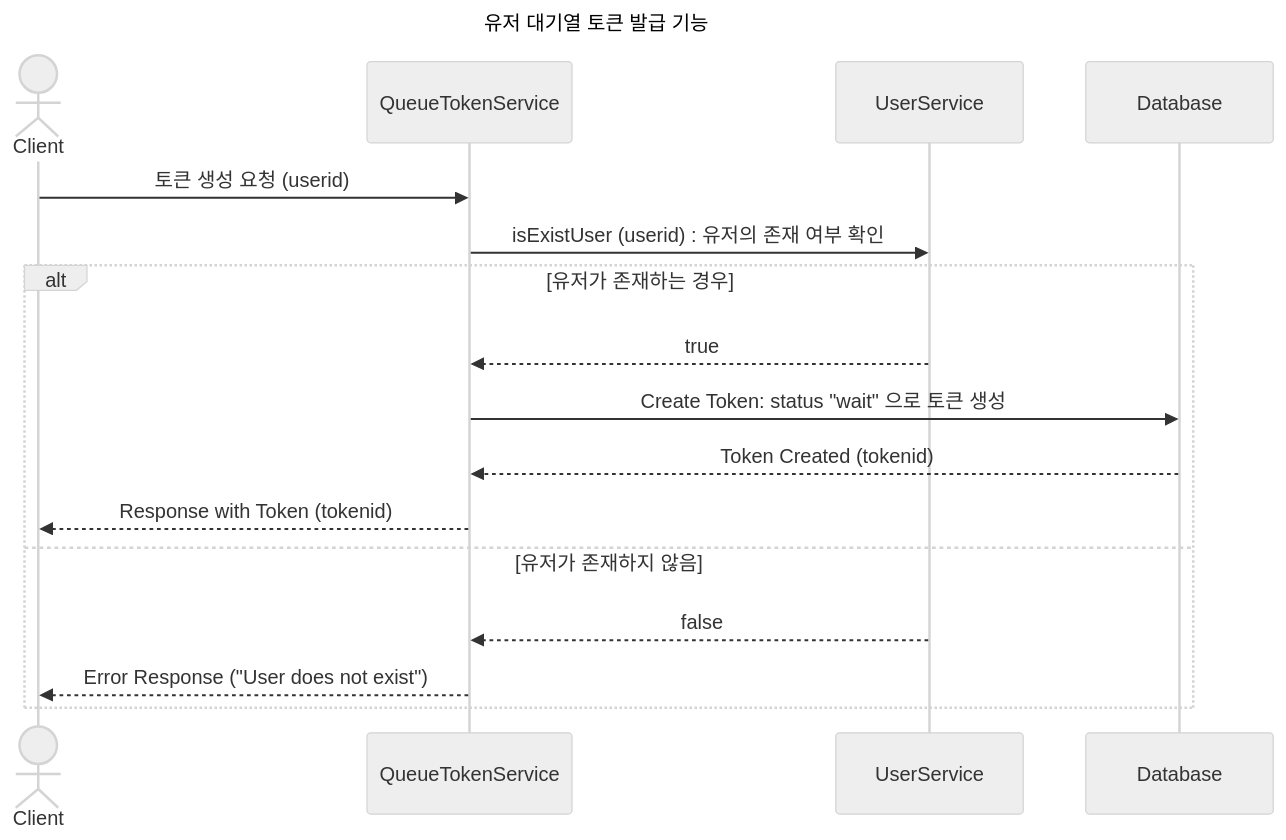
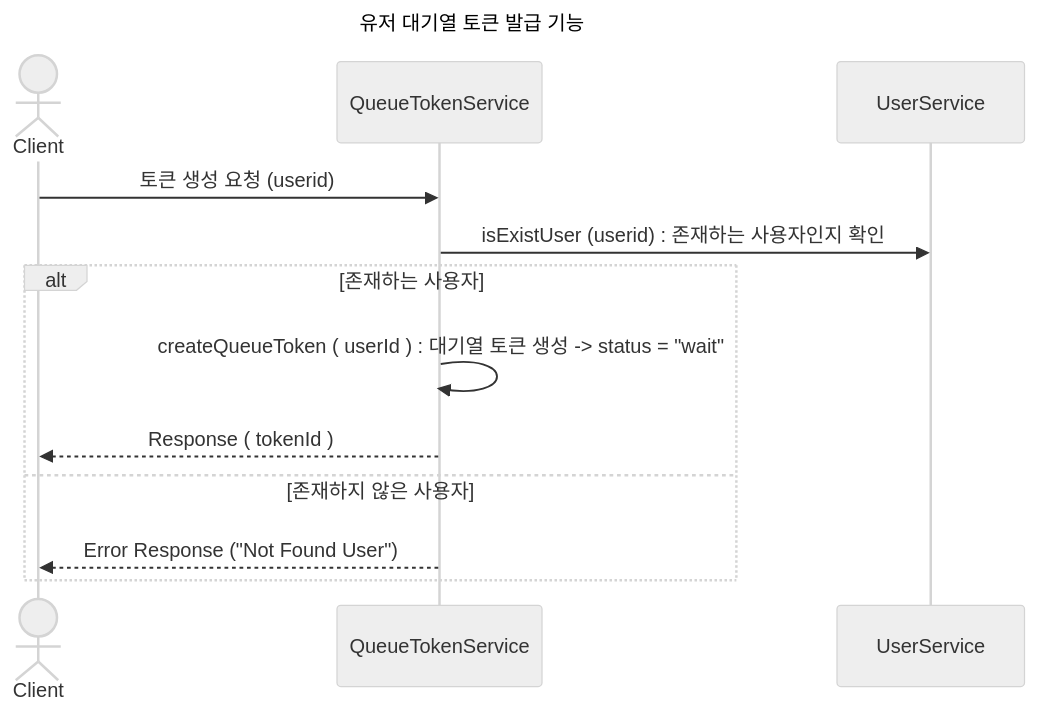
One commit to GustavEiffels/hhplus_server_build changed the diagram in design/sequence_diagram/유저_대기열_토큰_발급_API.md. Above: the diagram before and after it, drawn with Mermaid (neutral theme). The commit also changed 2 other files, not shown here.

Commit message:
[fix] 작성한 시퀀스 다이어그램 전체적으로 수정

````diff
--- a/design/sequence_diagram/유저_대기열_토큰_발급_API.md
+++ b/design/sequence_diagram/유저_대기열_토큰_발급_API.md
@@ -1,25 +1,21 @@
 ```mermaid
 ---
 title: 유저 대기열 토큰 발급 기능 
 ---
 sequenceDiagram
     actor Client as Client
     participant TokenService as QueueTokenService
     participant user as UserService
-    participant Database as Database
 
     Client->>TokenService: 토큰 생성 요청 (userid)  
-    TokenService ->> user  : isExistUser (userid) : 유저의 존재 여부 확인 
-    alt 유저가 존재하는 경우
-        user -->> TokenService : true
-        TokenService->>Database: Create Token: status "wait" 으로 토큰 생성 
-        Database-->>TokenService: Token Created (tokenid)
-        TokenService-->>Client: Response with Token (tokenid)
-    else 유저가 존재하지 않음 
-        user -->> TokenService : false
-        TokenService-->>Client: Error Response ("User does not exist")
+    TokenService ->> user  : isExistUser (userid) : 존재하는 사용자인지 확인 
+    alt 존재하는 사용자 
+        TokenService->>TokenService : createQueueToken ( userId ) : 대기열 토큰 생성 -> status = "wait" 
+        TokenService-->>Client: Response ( tokenId )
+    else 존재하지 않은 사용자 
+        TokenService-->>Client: Error Response ("Not Found User")
     end
 
 
 
 ```
````
